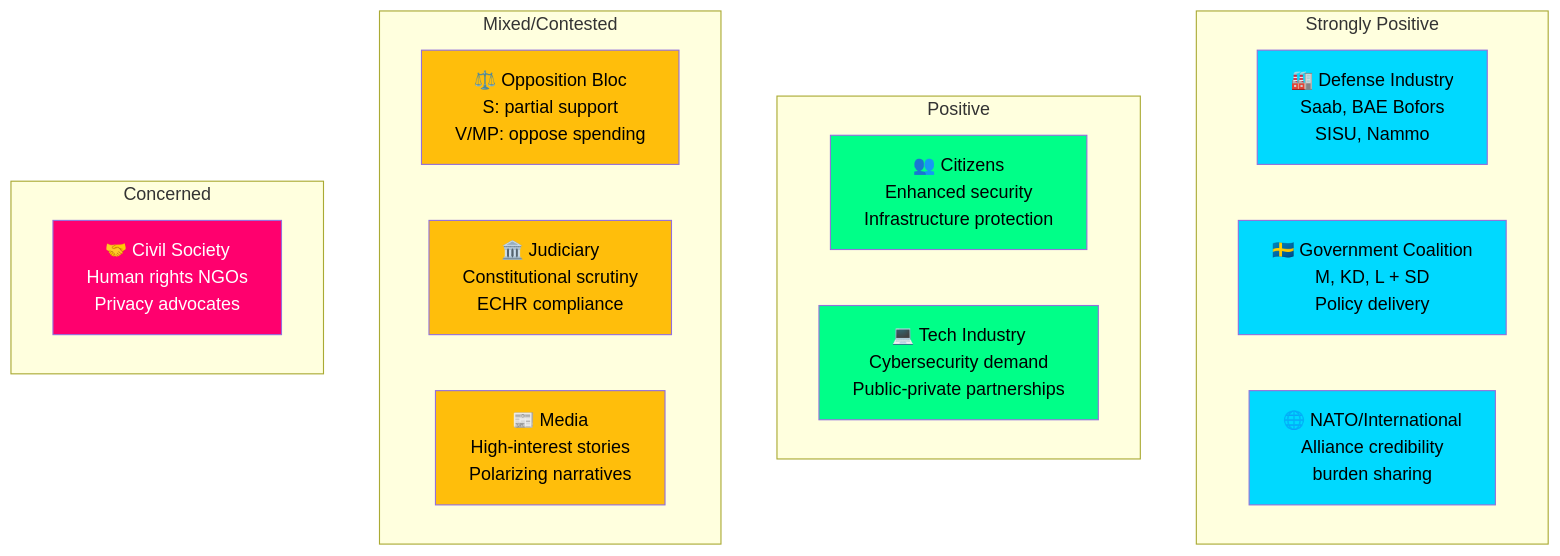
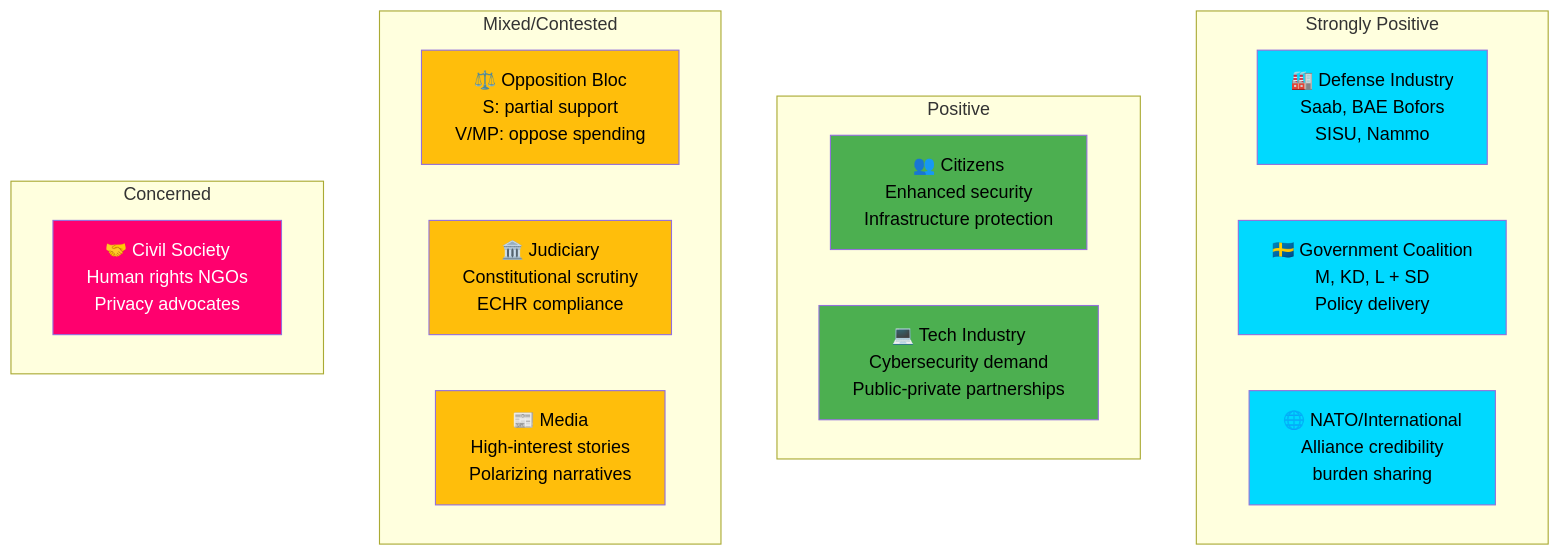
The diagram in analysis/daily/2026-04-03/realtime-1416/stakeholder-perspectives.md (Hack23/riksdagsmonitor), drawn with Mermaid before and after one commit. The commit also changed 785 other files, not shown here.

First line of the commit message:
Normalize mermaid colors across 786 analysis artifacts to ISMS Style Guide palette

````diff
--- a/analysis/daily/2026-04-03/realtime-1416/stakeholder-perspectives.md
+++ b/analysis/daily/2026-04-03/realtime-1416/stakeholder-perspectives.md
@@ -10,33 +10,33 @@
 ```mermaid
 graph TB
     subgraph "Strongly Positive"
         A["🏭 Defense Industry<br/>Saab, BAE Bofors<br/>SISU, Nammo"]
         B["🇸🇪 Government Coalition<br/>M, KD, L + SD<br/>Policy delivery"]
         C["🌐 NATO/International<br/>Alliance credibility<br/>burden sharing"]
     end
     
     subgraph "Positive"
         D["👥 Citizens<br/>Enhanced security<br/>Infrastructure protection"]
         E["💻 Tech Industry<br/>Cybersecurity demand<br/>Public-private partnerships"]
     end
     
     subgraph "Mixed/Contested"
         F["⚖️ Opposition Bloc<br/>S: partial support<br/>V/MP: oppose spending"]
         G["🏛️ Judiciary<br/>Constitutional scrutiny<br/>ECHR compliance"]
         H["📰 Media<br/>High-interest stories<br/>Polarizing narratives"]
     end
     
     subgraph "Concerned"
         I["🤝 Civil Society<br/>Human rights NGOs<br/>Privacy advocates"]
     end
     
-    style A fill:#00d9ff,color:#000
-    style B fill:#00d9ff,color:#000
-    style C fill:#00d9ff,color:#000
-    style D fill:#00ff88,color:#000
-    style E fill:#00ff88,color:#000
-    style F fill:#ffbe0b,color:#000
-    style G fill:#ffbe0b,color:#000
-    style H fill:#ffbe0b,color:#000
-    style I fill:#ff006e,color:#fff
+    style A fill:#00d9ff,color:#000000
+    style B fill:#00d9ff,color:#000000
+    style C fill:#00d9ff,color:#000000
+    style D fill:#4CAF50,color:#000000
+    style E fill:#4CAF50,color:#000000
+    style F fill:#ffbe0b,color:#000000
+    style G fill:#ffbe0b,color:#000000
+    style H fill:#ffbe0b,color:#000000
+    style I fill:#ff006e,color:#FFFFFF
 ```
````
